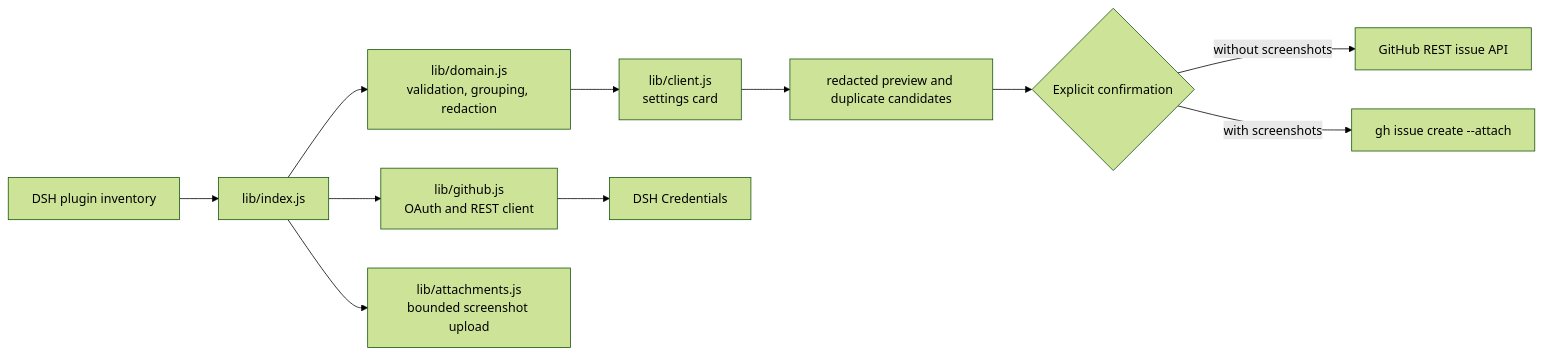
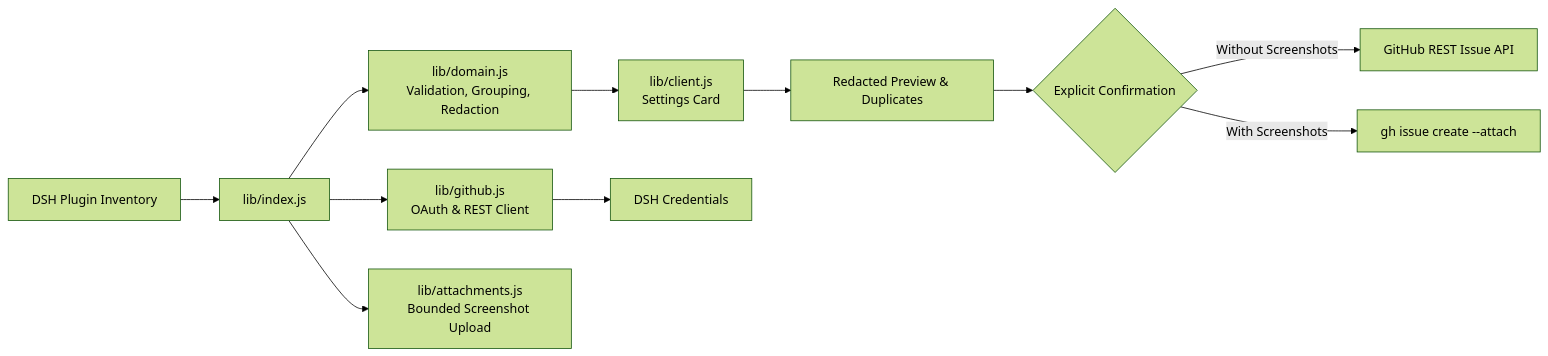
The diagram in README.md (GooDAnDReaDY/dsh-issue-reporter), drawn with Mermaid (forest theme) before and after one commit. The commit also changed other lines of this file and 2 other files, not shown here.

````diff
--- a/README.md
+++ b/README.md
@@ -85,13 +56,13 @@
 ```mermaid
 graph LR
-  A[DSH plugin inventory] --> B[lib/index.js]
-  B --> C[lib/domain.js<br/>validation, grouping, redaction]
-  B --> D[lib/github.js<br/>OAuth and REST client]
-  B --> E[lib/attachments.js<br/>bounded screenshot upload]
-  C --> F[lib/client.js<br/>settings card]
-  F --> G[redacted preview and duplicate candidates]
-  G --> H{Explicit confirmation}
-  H -->|without screenshots| I[GitHub REST issue API]
-  H -->|with screenshots| J[gh issue create --attach]
+  A[DSH Plugin Inventory] --> B[lib/index.js]
+  B --> C[lib/domain.js<br/>Validation, Grouping, Redaction]
+  B --> D[lib/github.js<br/>OAuth & REST Client]
+  B --> E[lib/attachments.js<br/>Bounded Screenshot Upload]
+  C --> F[lib/client.js<br/>Settings Card]
+  F --> G[Redacted Preview & Duplicates]
+  G --> H{Explicit Confirmation}
+  H -->|Without Screenshots| I[GitHub REST Issue API]
+  H -->|With Screenshots| J[gh issue create --attach]
   D --> K[DSH Credentials]
 ```
````
